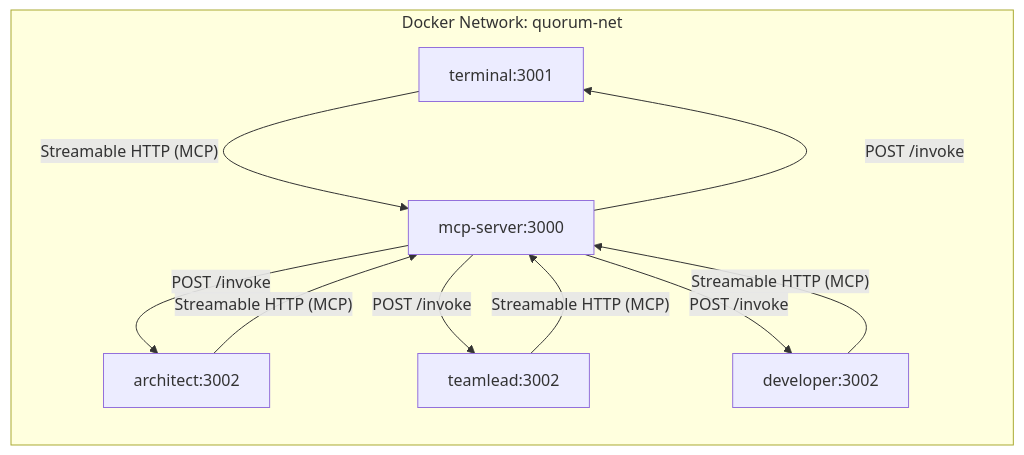
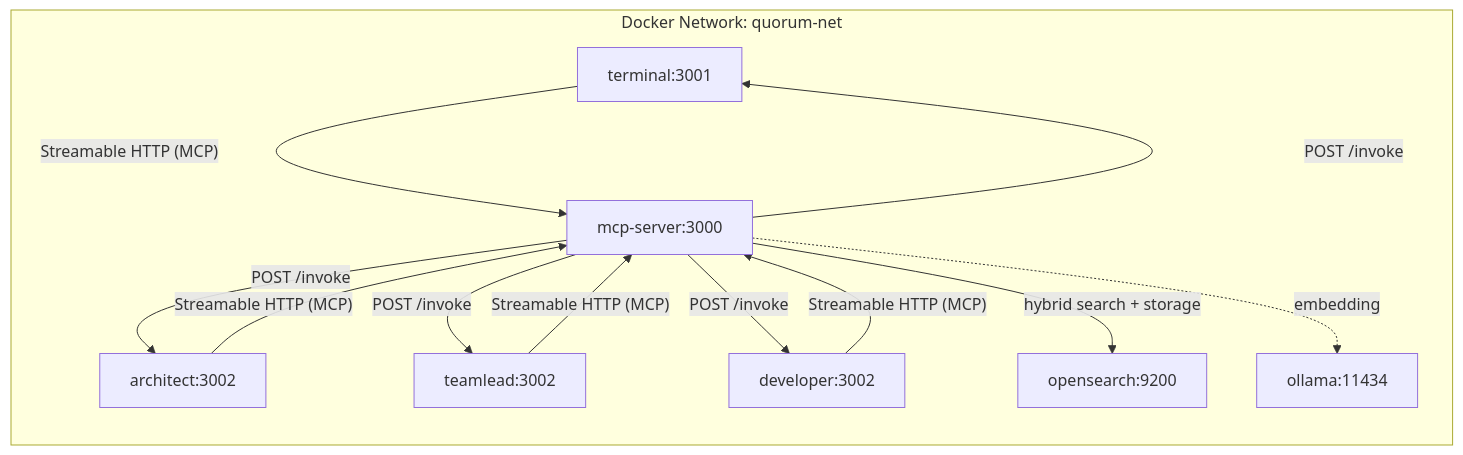
Before and after one commit to ia64mail/quorum: the fifth of 5 diagrams in docs/system-design.md, drawn with Mermaid. The commit also changed other lines of this file and 2 other files, not shown here.

First line of the commit message:
QRM5-009: update docs to reflect OpenSearch hybrid search as active backend

````diff
--- a/docs/system-design.md
+++ b/docs/system-design.md
@@ -403,19 +437,23 @@
 ```mermaid
 graph LR
     subgraph "Docker Network: quorum-net"
         T[terminal:3001]
         M[mcp-server:3000]
         A1[architect:3002]
         A2[teamlead:3002]
         A3[developer:3002]
+        OS[opensearch:9200]
+        OLL[ollama:11434]
     end
 
     T -->|"Streamable HTTP (MCP)"| M
     A1 -->|"Streamable HTTP (MCP)"| M
     A2 -->|"Streamable HTTP (MCP)"| M
     A3 -->|"Streamable HTTP (MCP)"| M
     M -->|"POST /invoke"| T
     M -->|"POST /invoke"| A1
     M -->|"POST /invoke"| A2
     M -->|"POST /invoke"| A3
+    M -->|"hybrid search + storage"| OS
+    M -.->|"embedding"| OLL
 ```
````
